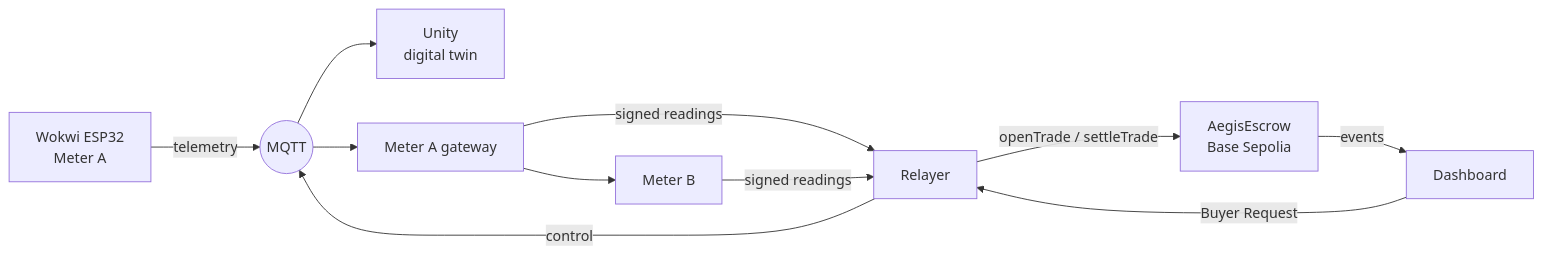
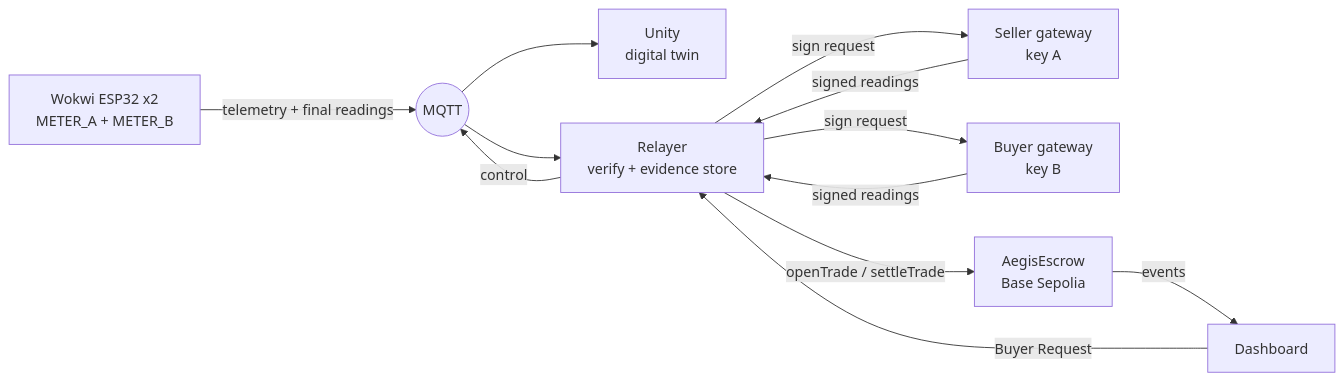
The diagram in README.md (la-prmtsr/aegis-grid-africa), drawn with Mermaid before and after one commit. The commit also changed other lines of this file and 23 other files, not shown here.

Commit message:
Stage 5B.3: Wokwi two-meter finals, evidence store, two-stage Wh check, SETTLEMENT_MODE off|testnet

````diff
--- a/README.md
+++ b/README.md
@@ -39,12 +39,12 @@
 ```mermaid
 flowchart LR
-  W[Wokwi ESP32<br/>Meter A] -- telemetry --> M((MQTT))
+  W[Wokwi ESP32 x2<br/>METER_A + METER_B] -- telemetry + final readings --> M((MQTT))
   M --> U[Unity<br/>digital twin]
-  M --> GA[Meter A gateway]
-  GA --> GB[Meter B]
-  GA & GB -- signed readings --> R[Relayer]
+  M --> R[Relayer<br/>verify + evidence store]
+  R -- sign request --> GA[Seller gateway<br/>key A] & GB[Buyer gateway<br/>key B]
+  GA & GB -- signed readings --> R
   D[Dashboard] -- Buyer Request --> R
   R -- control --> M
   R -- openTrade / settleTrade --> C[AegisEscrow<br/>Base Sepolia]
   C -- events --> D
 ```
````
